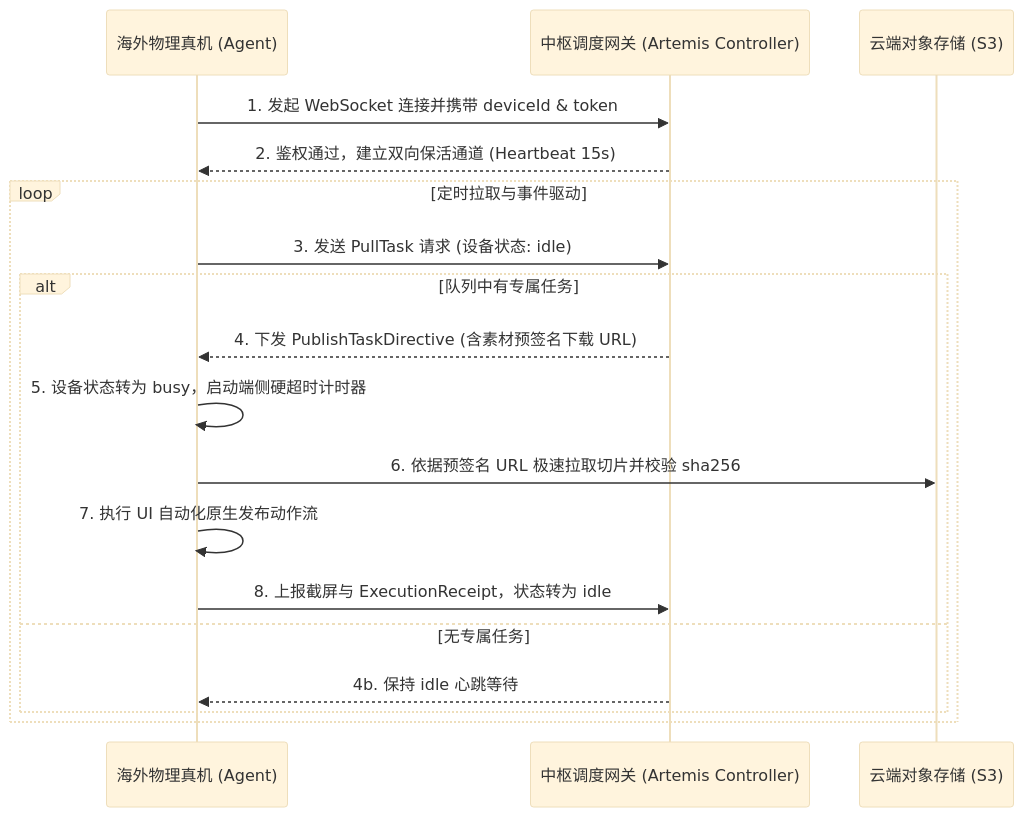
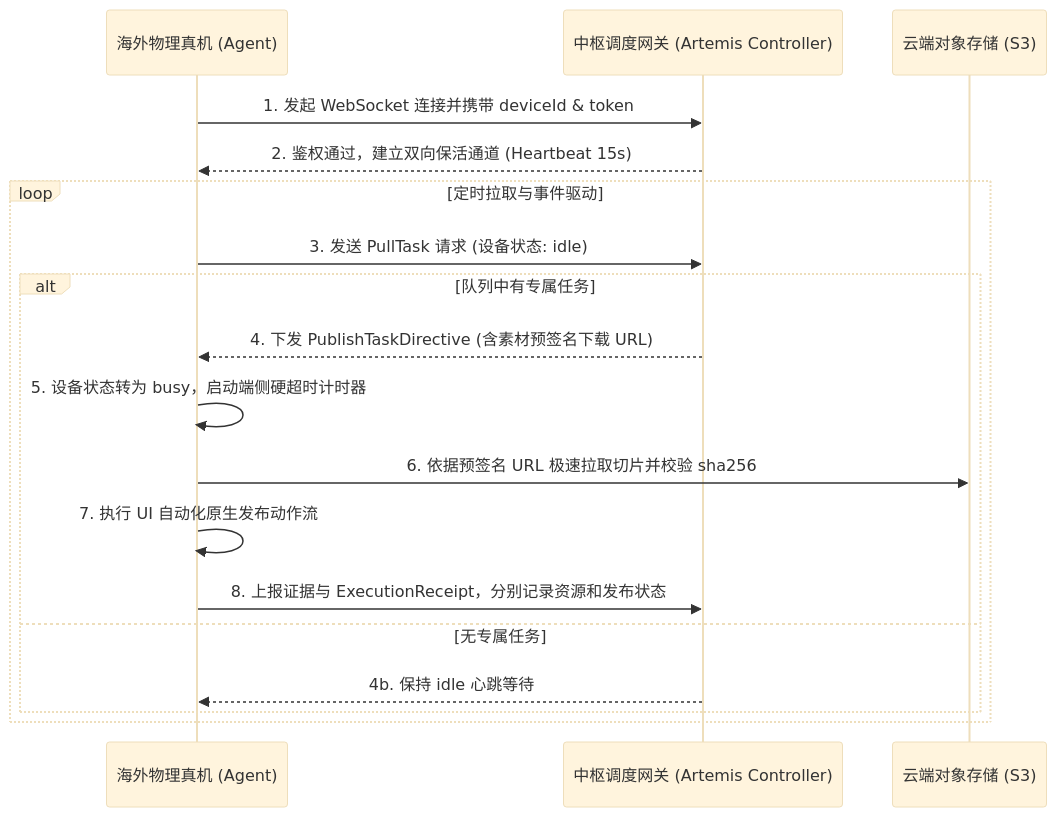
One commit to linghuxj/SocialGrowth changed the second of 2 diagrams in docs/delivery-specification.md. Above: the diagram before and after it, drawn with Mermaid (base theme). The commit also changed other lines of this file and 25 other files, not shown here.

````diff
--- a/docs/delivery-specification.md
+++ b/docs/delivery-specification.md
@@ -406,21 +408,21 @@
 ```mermaid
 sequenceDiagram
     participant DEV as 海外物理真机 (Agent)
     participant GW as 中枢调度网关 (Artemis Controller)
     participant S3 as 云端对象存储 (S3)
 
     DEV->>GW: 1. 发起 WebSocket 连接并携带 deviceId & token
     GW-->>DEV: 2. 鉴权通过，建立双向保活通道 (Heartbeat 15s)
     loop 定时拉取与事件驱动
         DEV->>GW: 3. 发送 PullTask 请求 (设备状态: idle)
         alt 队列中有专属任务
             GW-->>DEV: 4. 下发 PublishTaskDirective (含素材预签名下载 URL)
             DEV->>DEV: 5. 设备状态转为 busy，启动端侧硬超时计时器
             DEV->>S3: 6. 依据预签名 URL 极速拉取切片并校验 sha256
             DEV->>DEV: 7. 执行 UI 自动化原生发布动作流
-            DEV->>GW: 8. 上报截屏与 ExecutionReceipt，状态转为 idle
+            DEV->>GW: 8. 上报证据与 ExecutionReceipt，分别记录资源和发布状态
         else 无专属任务
             GW-->>DEV: 4b. 保持 idle 心跳等待
         end
     end
 ```
````
